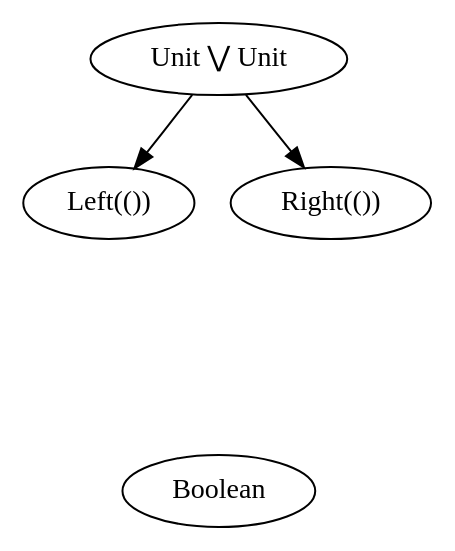
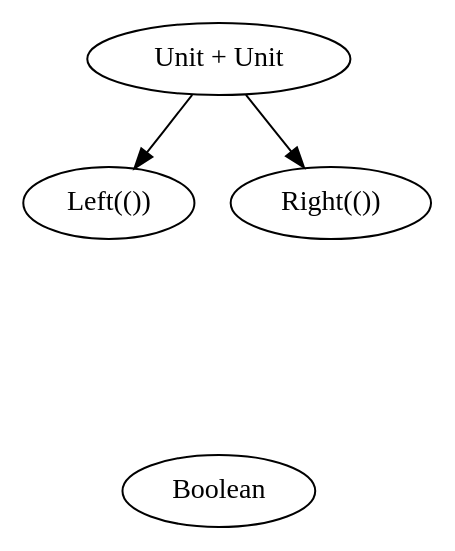
Before and after one commit to nrinaudo/far-more-adt: the diagram in src/graphviz/unit_or_unit_left_right.dot, drawn with Graphviz. The commit also changed 59 other files, not shown here.

```diff
--- a/src/graphviz/unit_or_unit_left_right.dot
+++ b/src/graphviz/unit_or_unit_left_right.dot
@@ -1,19 +1,19 @@
 digraph {
-    UnitOrUnit[label="Unit ⋁ Unit"]
+    UnitOrUnit[label="Unit + Unit"]
     Left[label="Left(())" class="value"]
     Right[label="Right(())" class="value"]
 
     UnitOrUnit -> Left
     UnitOrUnit -> Right
 
     true[class="value" style=invis]
     false[class="value" style=invis]
 
     Left -> true[style=invis]
     true -> Left[style=invis]
     Right -> false[style=invis]
     false -> Right[style=invis]
 
     true -> Boolean[dir=back style=invis]
     false -> Boolean[dir=back style=invis]
 }
```
